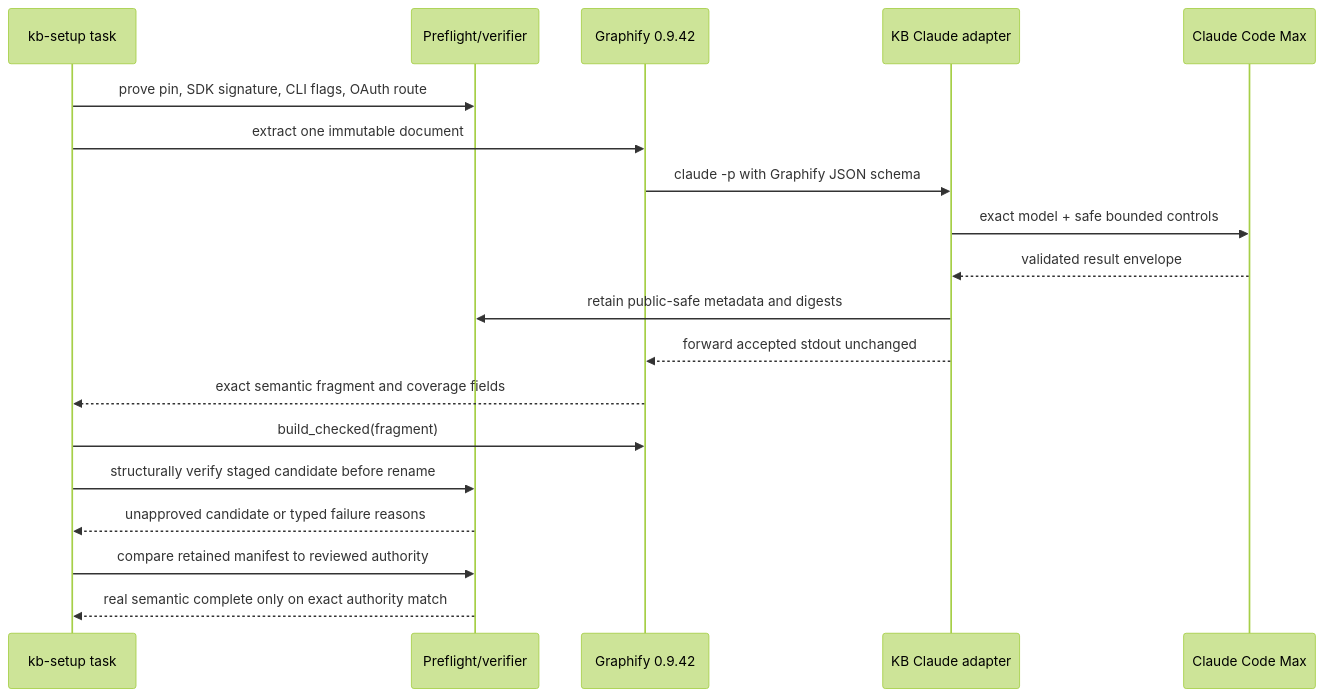
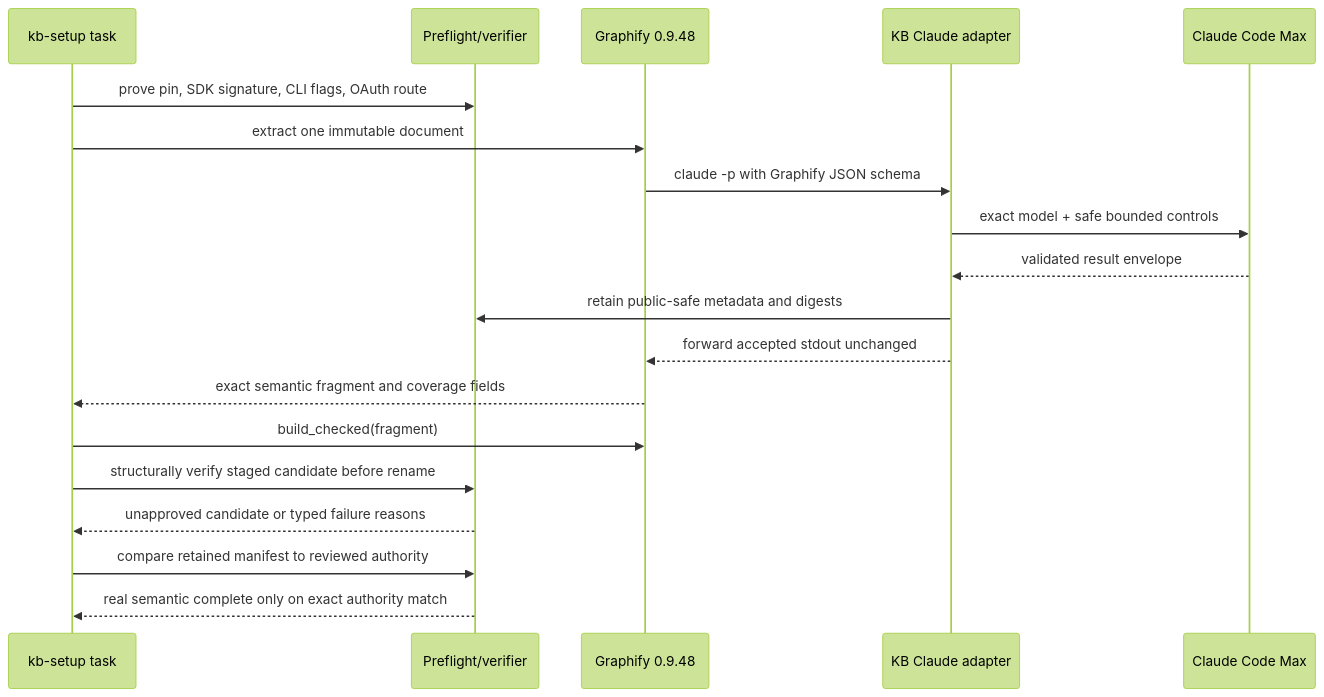
Before and after one commit to ray-manaloto/knowledge-base: the second of 2 diagrams in docs/agents/graphify-semantic-slice.md, drawn with Mermaid (forest theme). The commit also changed other lines of this file and 11 other files, not shown here.

First line of the commit message:
feat(slice): scrub routing overrides by construction, re-attest at graphify 0.9.48 / claude 2.1.238

````diff
--- a/docs/agents/graphify-semantic-slice.md
+++ b/docs/agents/graphify-semantic-slice.md
@@ -41,21 +41,21 @@
 ```mermaid
 sequenceDiagram
     participant Task as kb-setup task
     participant Verify as Preflight/verifier
-    participant G as Graphify 0.9.42
+    participant G as Graphify 0.9.48
     participant A as KB Claude adapter
     participant C as Claude Code Max
     Task->>Verify: prove pin, SDK signature, CLI flags, OAuth route
     Task->>G: extract one immutable document
     G->>A: claude -p with Graphify JSON schema
     A->>C: exact model + safe bounded controls
     C-->>A: validated result envelope
     A->>Verify: retain public-safe metadata and digests
     A-->>G: forward accepted stdout unchanged
     G-->>Task: exact semantic fragment and coverage fields
     Task->>G: build_checked(fragment)
     Task->>Verify: structurally verify staged candidate before rename
     Verify-->>Task: unapproved candidate or typed failure reasons
     Task->>Verify: compare retained manifest to reviewed authority
     Verify-->>Task: real semantic complete only on exact authority match
 ```
````
